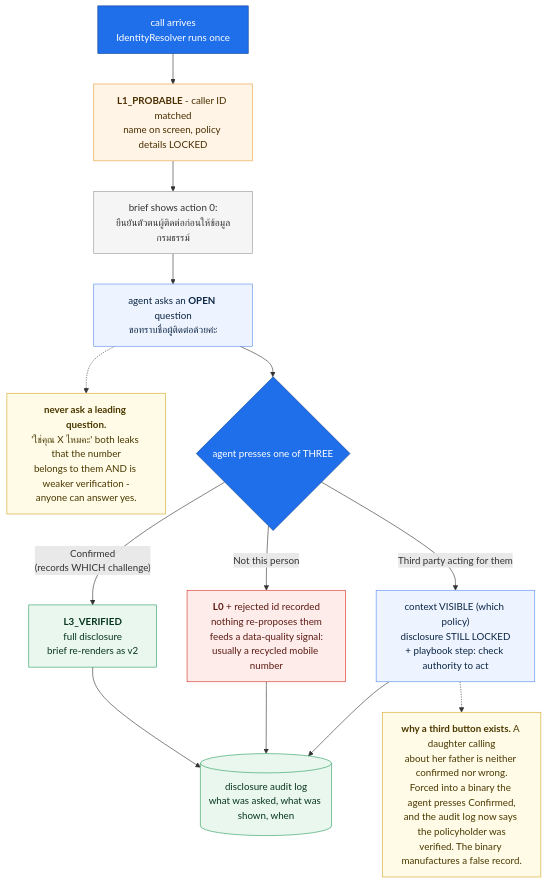
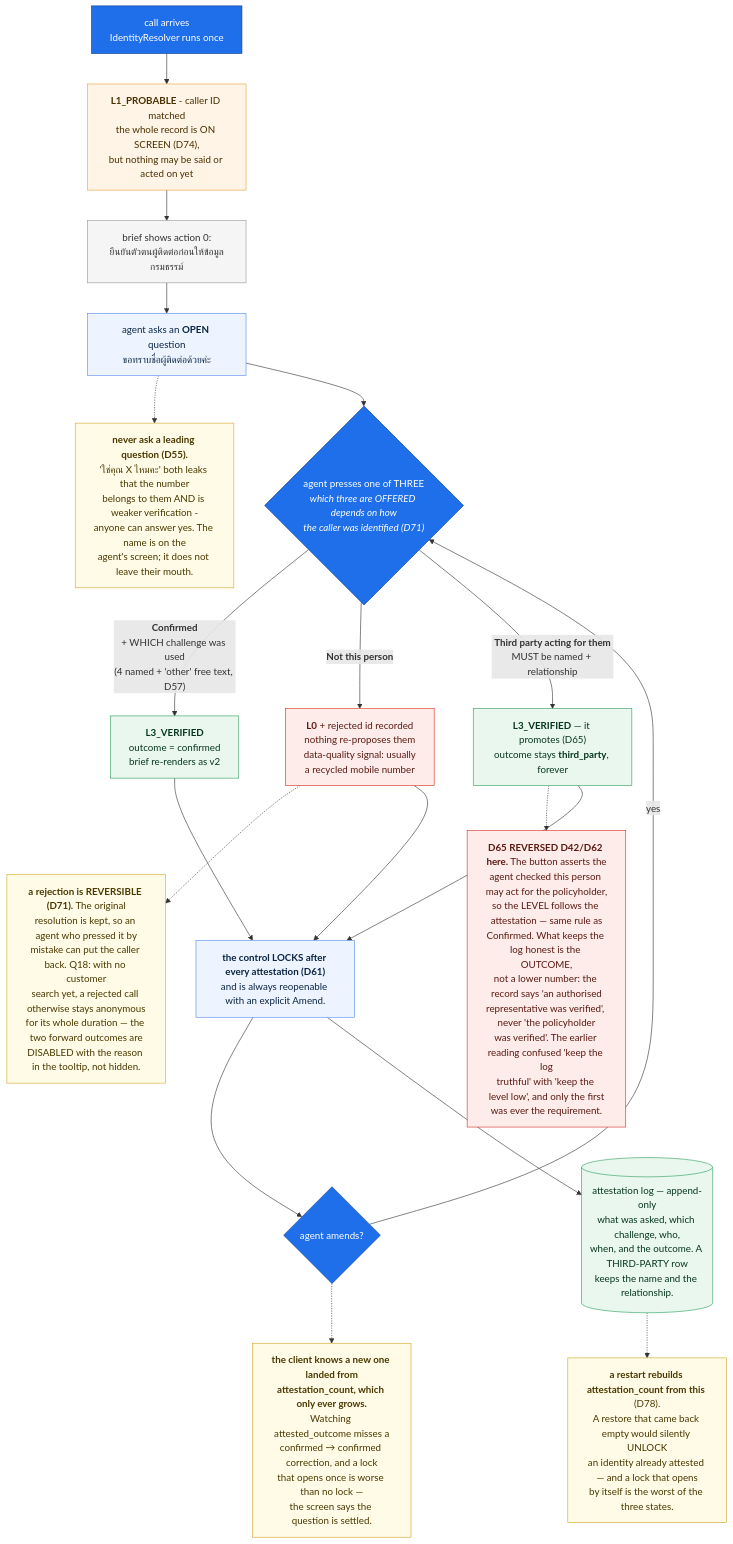
Before and after one commit to anakom-suvonvorn/Krungsri-ReadyCall: the diagram in docs/diagrams/src/identity_promotion.mmd, drawn with Mermaid. The commit also changed 33 other files, not shown here.

First line of the commit message:
docs: a staleness sweep of the hand-drawn diagrams

```diff
--- a/docs/diagrams/src/identity_promotion.mmd
+++ b/docs/diagrams/src/identity_promotion.mmd
@@ -1,31 +1,44 @@
-%% HANDWRITTEN. Checked against D42
+%% HANDWRITTEN. Checked against D42 as amended by D57, D61, D65 (which REVERSED D62),
+%% D71, D74 + services/identity/attestation.py
 flowchart TB
     ARR["call arrives<br/>IdentityResolver runs once"]:::in
-    ARR --> LVL["<b>L1_PROBABLE</b> - caller ID matched<br/>name on screen, policy details LOCKED"]:::l1
+    ARR --> LVL["<b>L1_PROBABLE</b> - caller ID matched<br/>the whole record is ON SCREEN (D74),<br/>but nothing may be said or acted on yet"]:::l1
 
     LVL --> ACT0["brief shows action 0:<br/>ยืนยันตัวตนผู้ติดต่อก่อนให้ข้อมูลกรมธรรม์"]:::act
     ACT0 --> ASK["agent asks an <b>OPEN</b> question<br/>ขอทราบชื่อผู้ติดต่อด้วยค่ะ"]:::ask
-    ASK -.-> WHY["<b>never ask a leading question.</b><br/>'ใช่คุณ X ไหมคะ' both leaks that the number<br/>belongs to them AND is weaker verification -<br/>anyone can answer yes."]:::note
+    ASK -.-> WHY["<b>never ask a leading question (D55).</b><br/>'ใช่คุณ X ไหมคะ' both leaks that the number<br/>belongs to them AND is weaker verification -<br/>anyone can answer yes. The name is on the<br/>agent's screen; it does not leave their mouth."]:::note
 
-    ASK --> CTRL{"agent presses one of THREE"}:::gate
+    ASK --> CTRL{"agent presses one of THREE<br/><i>which three are OFFERED depends on how<br/>the caller was identified (D71)</i>"}:::gate
 
-    CTRL -- "Confirmed<br/>(records WHICH challenge)" --> C1["<b>L3_VERIFIED</b><br/>full disclosure<br/>brief re-renders as v2"]:::l3
-    CTRL -- "Not this person" --> C2["<b>L0</b> + rejected id recorded<br/>nothing re-proposes them<br/>feeds a data-quality signal:<br/>usually a recycled mobile number"]:::l0
-    CTRL -- "Third party acting for them" --> C3["context VISIBLE (which policy)<br/>disclosure STILL LOCKED<br/>+ playbook step: check authority to act"]:::l2
+    CTRL -- "<b>Confirmed</b><br/>+ WHICH challenge was used<br/>(4 named + 'other' free text, D57)" --> C1["<b>L3_VERIFIED</b><br/>outcome = confirmed<br/>brief re-renders as v2"]:::l3
+    CTRL -- "<b>Not this person</b>" --> C2["<b>L0</b> + rejected id recorded<br/>nothing re-proposes them<br/>data-quality signal: usually<br/>a recycled mobile number"]:::l0
+    CTRL -- "<b>Third party acting for them</b><br/>MUST be named + relationship" --> C3["<b>L3_VERIFIED</b> — it promotes (D65)<br/>outcome stays <b>third_party</b>, forever"]:::l3
 
-    C3 -.-> WHY3["<b>why a third button exists.</b> A daughter calling<br/>about her father is neither confirmed nor wrong.<br/>Forced into a binary the agent presses Confirmed,<br/>and the audit log now says the policyholder was<br/>verified. The binary manufactures a false record."]:::note
+    C3 -.-> WHY3["<b>D65 REVERSED D42/D62 here.</b> The button asserts the<br/>agent checked this person may act for the policyholder,<br/>so the LEVEL follows the attestation — same rule as<br/>Confirmed. What keeps the log honest is the OUTCOME,<br/>not a lower number: the record says 'an authorised<br/>representative was verified', never 'the policyholder<br/>was verified'. The earlier reading confused 'keep the log<br/>truthful' with 'keep the level low', and only the first<br/>was ever the requirement."]:::fixed
 
-    C1 --> AUDIT[("disclosure audit log<br/>what was asked, what was shown, when")]:::store
-    C2 --> AUDIT
-    C3 --> AUDIT
+    C2 -.-> WHY2["<b>a rejection is REVERSIBLE (D71).</b> The original<br/>resolution is kept, so an agent who pressed it by<br/>mistake can put the caller back. Q18: with no customer<br/>search yet, a rejected call otherwise stays anonymous<br/>for its whole duration — the two forward outcomes are<br/>DISABLED with the reason in the tooltip, not hidden."]:::note
+
+    C1 --> LOCK
+    C2 --> LOCK
+    C3 --> LOCK
+    LOCK["<b>the control LOCKS after every attestation (D61)</b><br/>and is always reopenable with an explicit Amend."]:::lock
+
+    LOCK --> AMEND{"agent amends?"}:::gate
+    AMEND -- "yes" --> CTRL
+    AMEND -.-> CNT["<b>the client knows a new one landed from<br/>attestation_count, which only ever grows.</b><br/>Watching attested_outcome misses a<br/>confirmed → confirmed correction, and a lock<br/>that opens once is worse than no lock —<br/>the screen says the question is settled."]:::note
+
+    LOCK --> AUDIT[("attestation log — append-only<br/>what was asked, which challenge, who,<br/>when, and the outcome. A THIRD-PARTY row<br/>keeps the name and the relationship.")]:::store
+
+    AUDIT -.-> RESTART["<b>a restart rebuilds attestation_count from this</b> (D78).<br/>A restore that came back empty would silently UNLOCK<br/>an identity already attested — and a lock that opens<br/>by itself is the worst of the three states."]:::note
 
     classDef in fill:#1f6feb,stroke:#0b3d91,color:#fff
     classDef l1 fill:#fff4e6,stroke:#e8a33d,color:#4a2f00
     classDef l0 fill:#fdecea,stroke:#d93025,color:#5c1a13
-    classDef l2 fill:#eef4ff,stroke:#5b8def,color:#0b2545
     classDef l3 fill:#e9f7ef,stroke:#2f9e5f,color:#08361d
     classDef act fill:#f5f5f5,stroke:#999,color:#333
     classDef ask fill:#eef4ff,stroke:#5b8def,color:#0b2545
     classDef gate fill:#1f6feb,stroke:#0b3d91,color:#fff
+    classDef lock fill:#eef4ff,stroke:#5b8def,color:#0b2545
     classDef store fill:#e9f7ef,stroke:#2f9e5f,color:#08361d
     classDef note fill:#fffbe6,stroke:#d4a72c,color:#4a3800
+    classDef fixed fill:#fdecea,stroke:#d93025,color:#5c1a13
```
